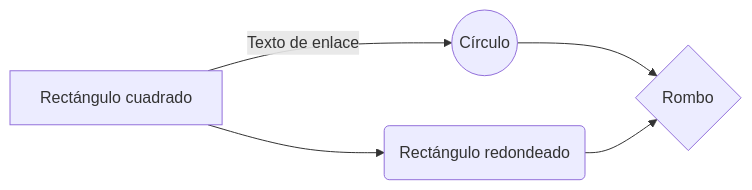
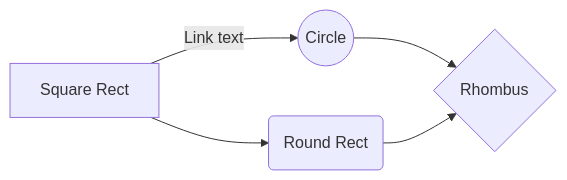
Before and after one commit to linyuxuanlin/Wiki_MkDocs: the second of 5 diagrams in draft/to-translate_ar/MkDocs测试实验室.md, drawn with Mermaid. The commit also changed other lines of this file and 312 other files, not shown here.

````diff
--- a/draft/to-translate_ar/MkDocs测试实验室.md
+++ b/draft/to-translate_ar/MkDocs测试实验室.md
@@ -16,7 +16,7 @@
 ```mermaid
 graph LR
-    A[Rectángulo cuadrado] -- Texto de enlace --> B((Círculo))
-    A --> C(Rectángulo redondeado)
-    B --> D{Rombo}
+    A[Square Rect] -- Link text --> B((Circle))
+    A --> C(Round Rect)
+    B --> D{Rhombus}
     C --> D
 ```
````
